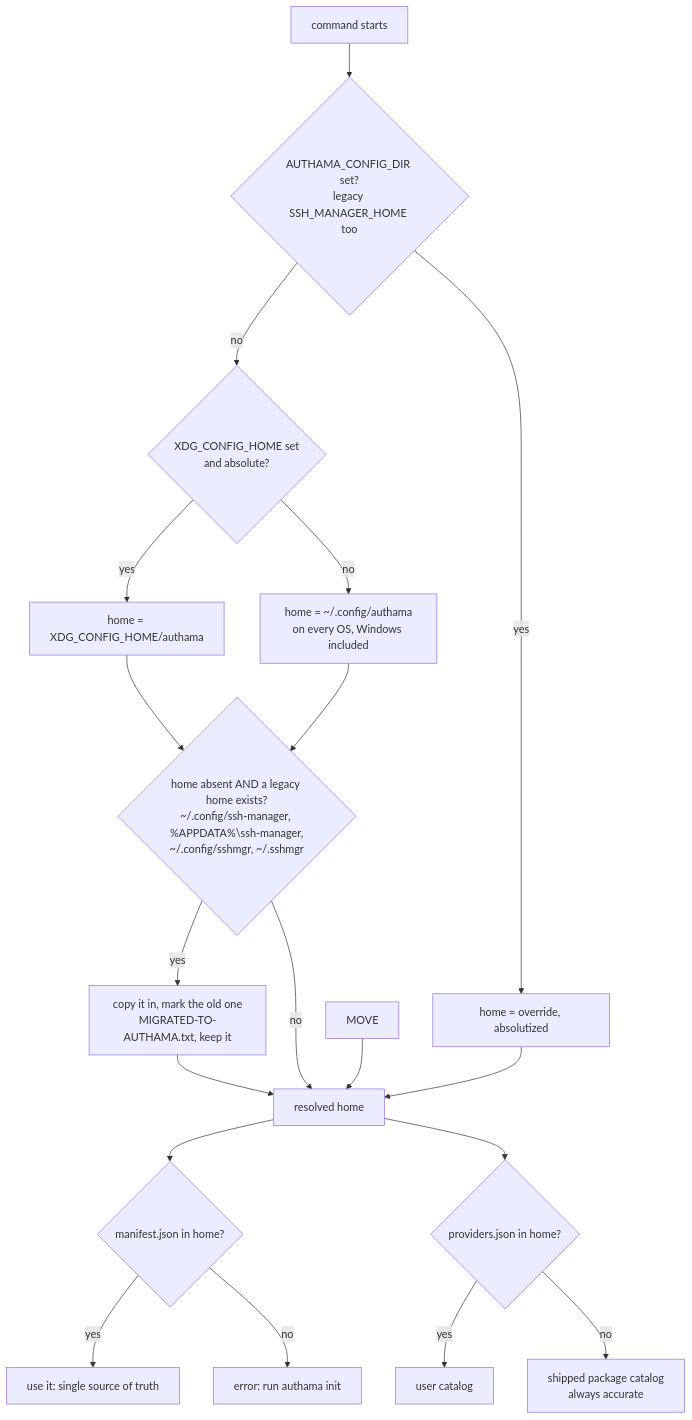
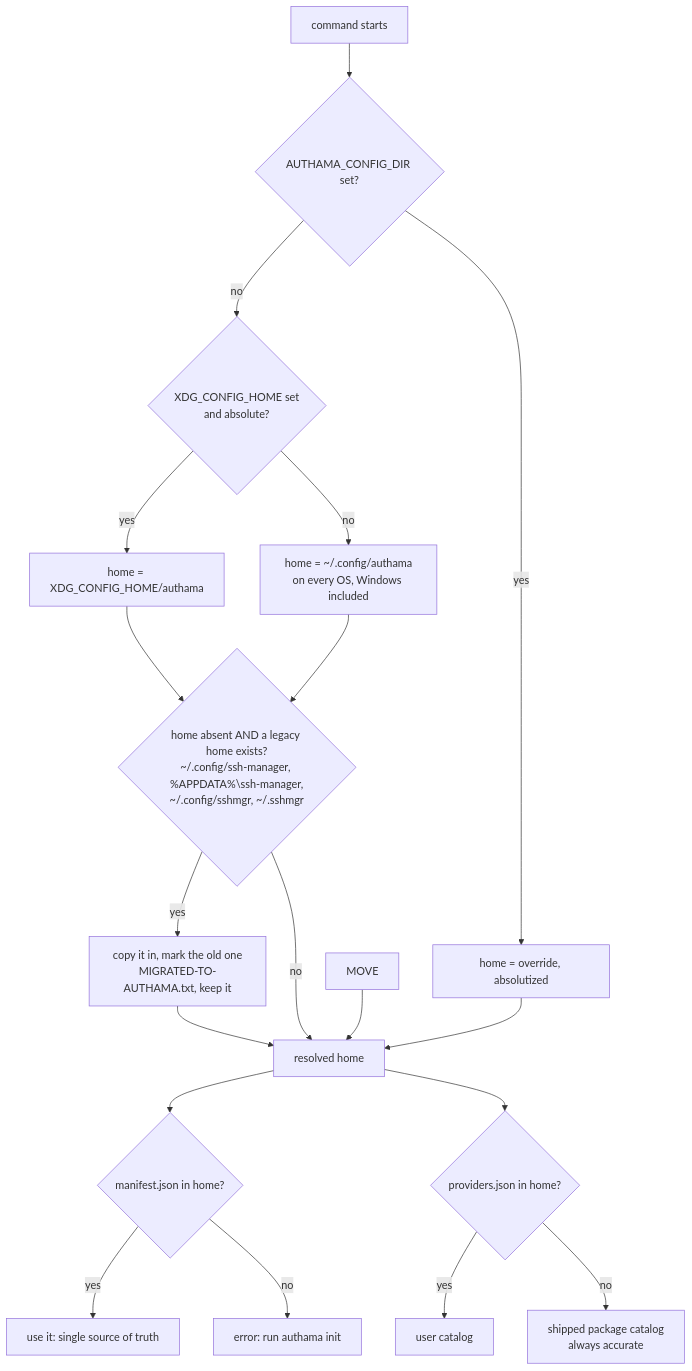
The second of 6 diagrams in docs/architecture.md (sangehq/authama), drawn with Mermaid before and after one commit. The commit also changed 20 other files, not shown here.

First line of the commit message:
Stop reading the SSH_MANAGER_* and SSHMGR_* variable names

````diff
--- a/docs/architecture.md
+++ b/docs/architecture.md
@@ -141,21 +141,21 @@
 ```mermaid
 flowchart TD
-    S[command starts] --> O{AUTHAMA_CONFIG_DIR set?<br/>legacy SSH_MANAGER_HOME too}
+    S[command starts] --> O{AUTHAMA_CONFIG_DIR set?}
     O -- yes --> OV[home = override, absolutized]
     O -- no --> X{XDG_CONFIG_HOME set<br/>and absolute?}
     X -- yes --> XH[home = XDG_CONFIG_HOME/authama]
     X -- no --> STD[home = ~/.config/authama<br/>on every OS, Windows included]
     XH --> MIG
     STD --> MIG{home absent AND a legacy home exists?<br/>~/.config/ssh-manager, %APPDATA%\ssh-manager,<br/>~/.config/sshmgr, ~/.sshmgr}
     MIG -- yes --> COPY[copy it in, mark the old one<br/>MIGRATED-TO-AUTHAMA.txt, keep it]
     COPY --> R
     MIG -- no --> R[resolved home]
     MOVE --> R
     OV --> R
     R --> MANI{manifest.json in home?}
     MANI -- yes --> SRC[use it: single source of truth]
     MANI -- no --> EI[error: run authama init]
     R --> CAT{providers.json in home?}
     CAT -- yes --> UC[user catalog]
     CAT -- no --> SP[shipped package catalog<br/>always accurate]
 ```
````
